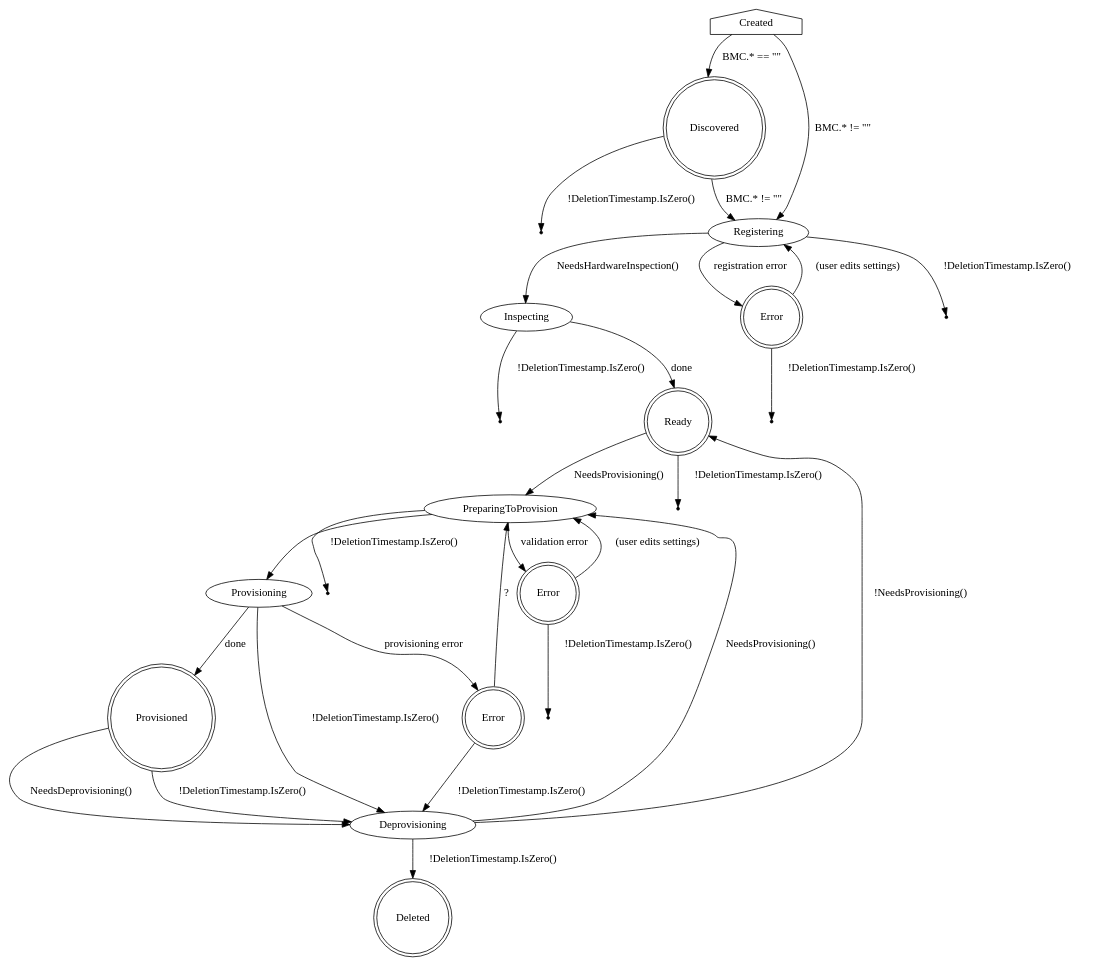
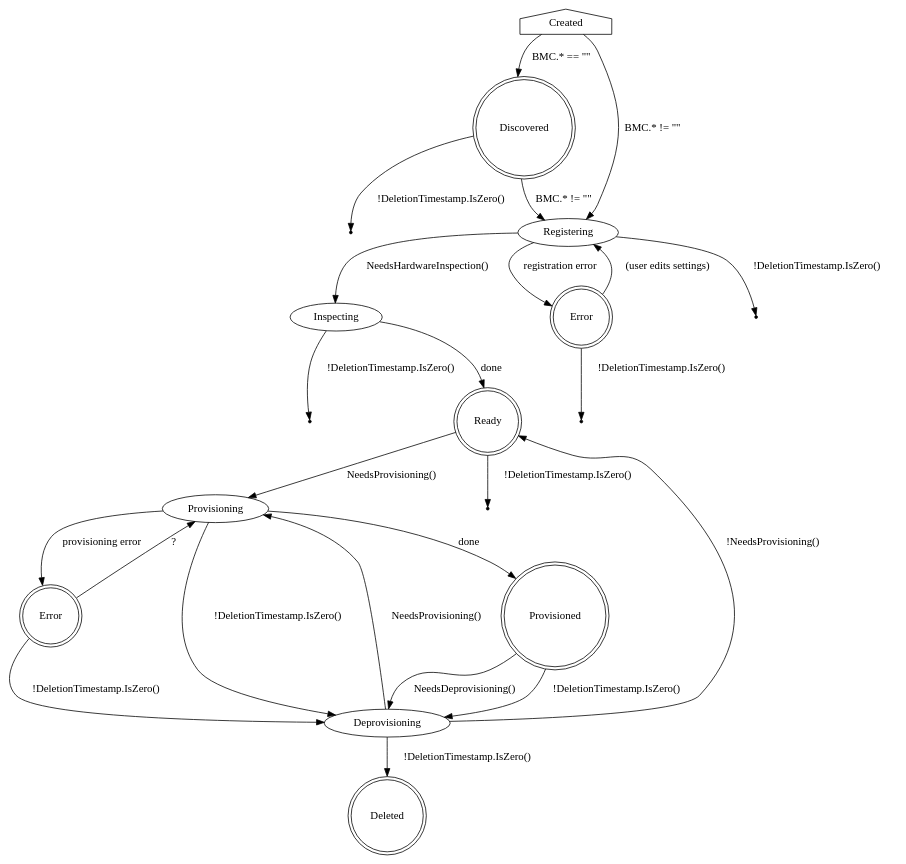
The diagram in docs/BaremetalHost_ProvisioningState.dot (metal3-io/baremetal-operator), drawn with Graphviz before and after one commit. The commit also changed 1 other file, not shown here.

Commit message:
remove preparing to provision state

```diff
--- a/docs/BaremetalHost_ProvisioningState.dot
+++ b/docs/BaremetalHost_ProvisioningState.dot
@@ -1,64 +1,52 @@
 digraph BaremetalHost {
     Created [shape=house]
     Created -> Discovered [label="BMC.* == \"\""]
     Created -> Registering [label="BMC.* != \"\""]
 
     Discovered [shape=doublecircle]
     Discovered -> Registering [label="BMC.* != \"\""]
     Discovered -> Deleted1 [label="!DeletionTimestamp.IsZero()"]
 
     Deleted1 [shape=point]
 
     Registering -> Inspecting [label="NeedsHardwareInspection()"]
     Registering -> RegistrationError [shape=doublecircle label="registration error"]
     Registering -> Deleted2 [label="!DeletionTimestamp.IsZero()"]
 
     Deleted2 [shape=point]
 
     Inspecting -> Ready [label="done"]
     Inspecting -> Deleted3 [label="!DeletionTimestamp.IsZero()"]
 
     Deleted3 [shape=point]
 
     RegistrationError [shape=doublecircle label="Error"]
     RegistrationError -> Registering [label="(user edits settings)"]
     RegistrationError -> Deleted4 [label="!DeletionTimestamp.IsZero()"]
 
     Deleted4 [shape=point]
 
     Ready [shape=doublecircle]
-    Ready -> PreparingToProvision [label="NeedsProvisioning()"]
+    Ready -> Provisioning [label="NeedsProvisioning()"]
     Ready -> Deleted5 [label="!DeletionTimestamp.IsZero()"]
 
     Deleted5 [shape=point]
-
-    PreparingToProvision -> ValidationError [label="validation error"]
-    PreparingToProvision -> Provisioning
-    PreparingToProvision -> Deleted6 [label="!DeletionTimestamp.IsZero()"]
-
-    Deleted6 [shape=point]
-
-    ValidationError [shape=doublecircle label="Error"]
-    ValidationError -> PreparingToProvision [label="(user edits settings)"]
-    ValidationError -> Deleted7 [label="!DeletionTimestamp.IsZero()"]
-
-    Deleted7 [shape=point]
 
     Provisioning -> Provisioned [label=done]
     Provisioning -> ProvisioningError [label="provisioning error"]
     Provisioning -> Deprovisioning [label="!DeletionTimestamp.IsZero()"]
 
     ProvisioningError [shape=doublecircle label="Error"]
-    ProvisioningError -> PreparingToProvision [label="?"]
+    ProvisioningError -> Provisioning [label="?"]
     ProvisioningError -> Deprovisioning [label="!DeletionTimestamp.IsZero()"]
 
     Provisioned [shape=doublecircle]
     Provisioned -> Deprovisioning [label="NeedsDeprovisioning()"]
     Provisioned -> Deprovisioning [label="!DeletionTimestamp.IsZero()"]
 
-    Deprovisioning -> PreparingToProvision [label="NeedsProvisioning()"]
+    Deprovisioning -> Provisioning [label="NeedsProvisioning()"]
     Deprovisioning -> Ready [label="!NeedsProvisioning()"]
     Deprovisioning -> Deleted [label="!DeletionTimestamp.IsZero()"]
 
     Deleted [shape=doublecircle]
 }
```
